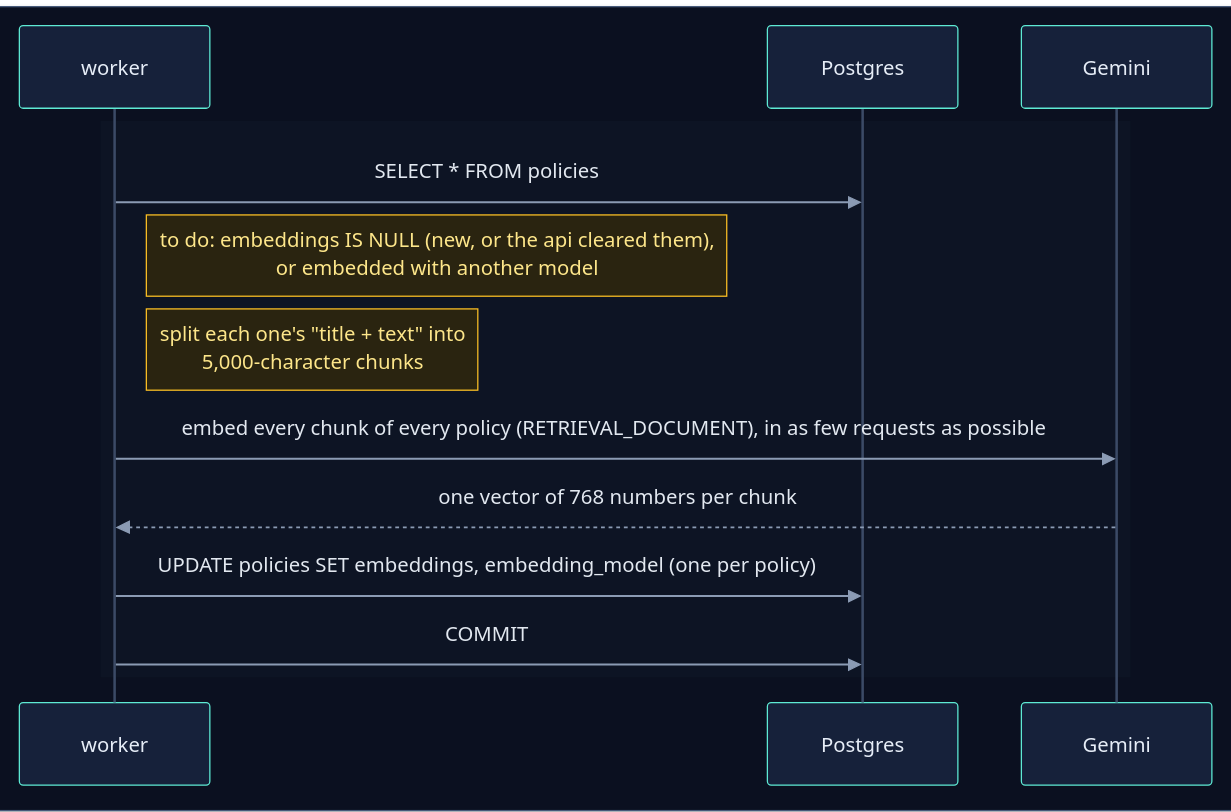
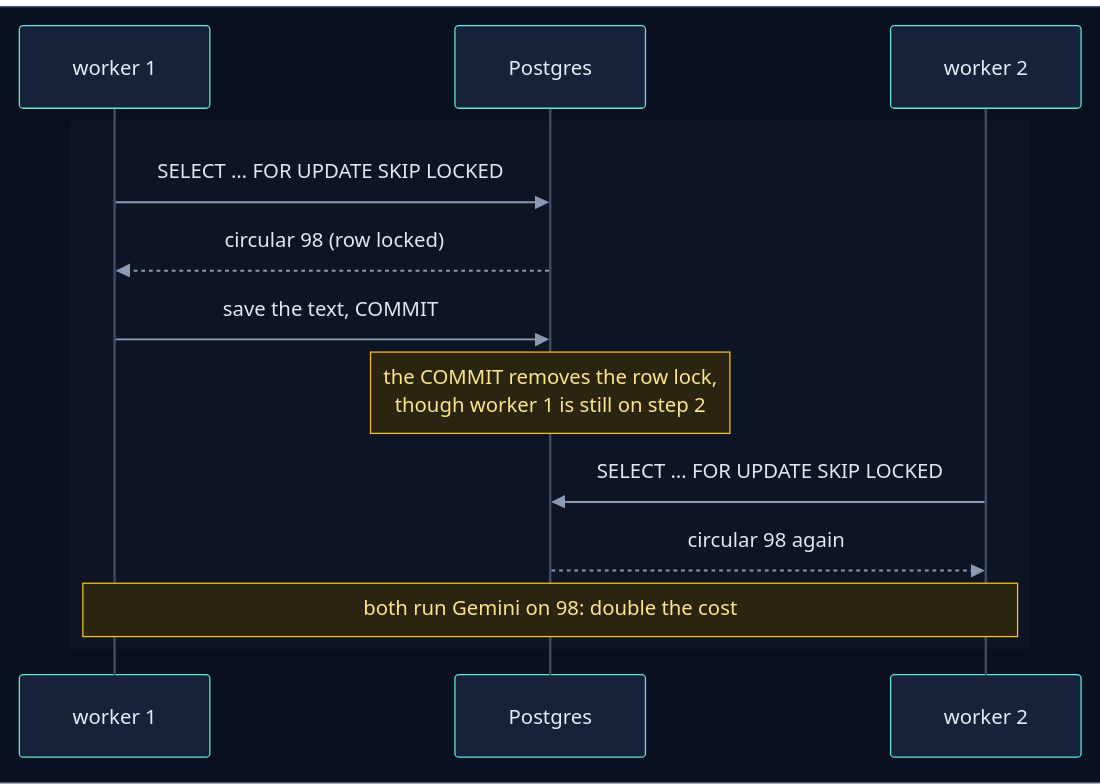
One commit to selvakumarperumal/Regulatory_Circular_Impact_Agent changed diagram 11 of 12 in how_the_worker_works.md. Above: the diagram before and after it, drawn with Mermaid. The commit also changed other lines of this file and 4 other files, not shown here.

````diff
--- a/how_the_worker_works.md
+++ b/how_the_worker_works.md
@@ -782,19 +612,19 @@
 ```mermaid
 %%{init: {"theme": "base", "sequence": {"diagramMarginX": 0, "diagramMarginY": 0}, "themeVariables": {"darkMode": true, "primaryColor": "#16213a", "primaryTextColor": "#e6edf7", "primaryBorderColor": "#475a7a", "lineColor": "#8b9bb4", "secondaryColor": "#1b2436", "tertiaryColor": "#101a2e", "edgeLabelBackground": "#0f172a", "textColor": "#e2e8f0", "actorBkg": "#16213a", "actorBorder": "#5eead4", "actorTextColor": "#e6edf7", "actorLineColor": "#3b4a66", "signalColor": "#8b9bb4", "signalTextColor": "#e2e8f0", "noteBkgColor": "#2a2410", "noteBorderColor": "#fbbf24", "noteTextColor": "#fde68a", "labelBoxBkgColor": "#1e293b", "labelBoxBorderColor": "#64748b", "labelTextColor": "#e2e8f0", "loopTextColor": "#c4b5fd", "sequenceNumberColor": "#0b1020", "activationBkgColor": "#1e293b"}}}%%
 sequenceDiagram
     box rgb(11, 16, 32)
-        participant K as worker
-        participant PG as Postgres
-        participant G as Gemini
+        participant W1 as worker 1
+        participant DB as Postgres
+        participant W2 as worker 2
     end
 
     rect rgb(13, 20, 36)
-        K->>PG: SELECT * FROM policies
-        Note right of K: to do: embeddings IS NULL (new, or the api cleared them),<br/>or embedded with another model
-        Note right of K: split each one's "title + text" into<br/>5,000-character chunks
-        K->>G: embed every chunk of every policy (RETRIEVAL_DOCUMENT), in as few requests as possible
-        G-->>K: one vector of 768 numbers per chunk
-        K->>PG: UPDATE policies SET embeddings, embedding_model (one per policy)
-        K->>PG: COMMIT
+        W1->>DB: SELECT … FOR UPDATE SKIP LOCKED
+        DB-->>W1: circular 98 (row locked)
+        W1->>DB: save the text, COMMIT
+        Note over DB: the COMMIT removes the row lock,<br/>though worker 1 is still on step 2
+        W2->>DB: SELECT … FOR UPDATE SKIP LOCKED
+        DB-->>W2: circular 98 again
+        Note over W1,W2: both run Gemini on 98: double the cost
     end
 ```
````
